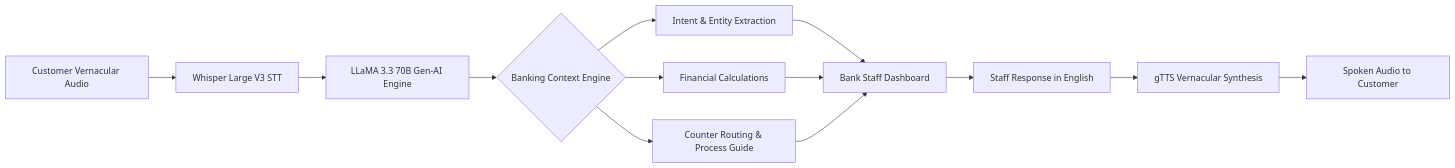
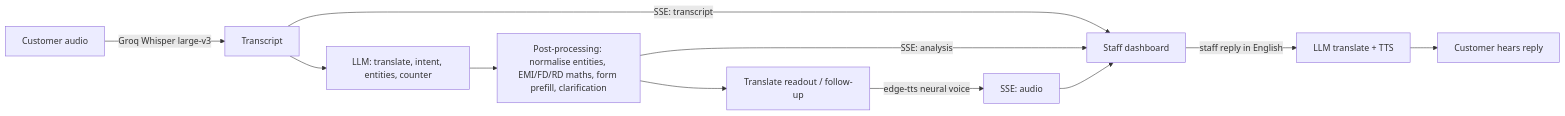
One commit to Shrutiiicodes/Vaani changed the diagram in README.md. Above: the diagram before and after it, drawn with Mermaid. The commit also changed other lines of this file and 7 other files, not shown here.

````diff
--- a/README.md
+++ b/README.md
@@ -33,13 +14,12 @@
 ```mermaid
 flowchart LR
-    A[Customer Vernacular Audio] --> B[Whisper Large V3 STT]
-    B --> C[LLaMA 3.3 70B Gen-AI Engine]
-    C --> D{Banking Context Engine}
-    D --> E[Intent & Entity Extraction]
-    D --> F[Financial Calculations]
-    D --> G[Counter Routing & Process Guide]
-    E & F & G --> H[Bank Staff Dashboard]
-    H --> I[Staff Response in English]
-    I --> J[gTTS Vernacular Synthesis]
-    J --> K[Spoken Audio to Customer]
+    A[Customer audio] -->|Groq Whisper large-v3| B[Transcript]
+    B -->|SSE: transcript| UI[Staff dashboard]
+    B --> C[LLM: translate, intent, entities, counter]
+    C --> D[Post-processing: normalise entities, EMI/FD/RD maths, form prefill, clarification]
+    D -->|SSE: analysis| UI
+    D --> E[Translate readout / follow-up]
+    E -->|edge-tts neural voice| F[SSE: audio]
+    F --> UI
+    UI -->|staff reply in English| G[LLM translate + TTS] --> H[Customer hears reply]
 ```
````
